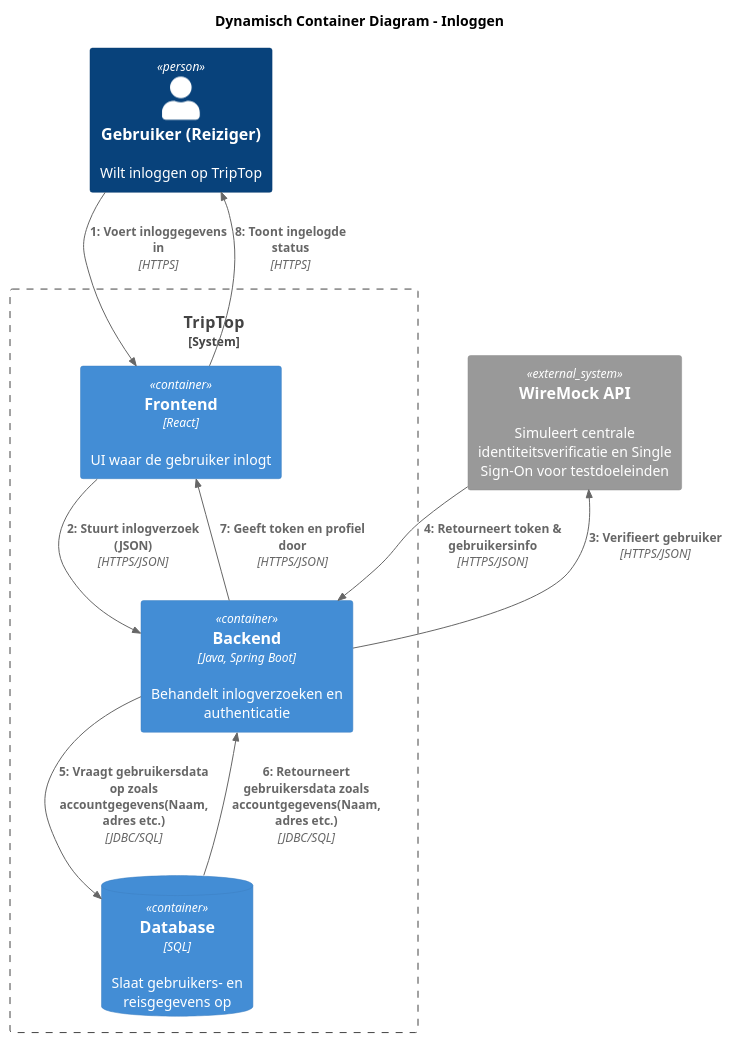
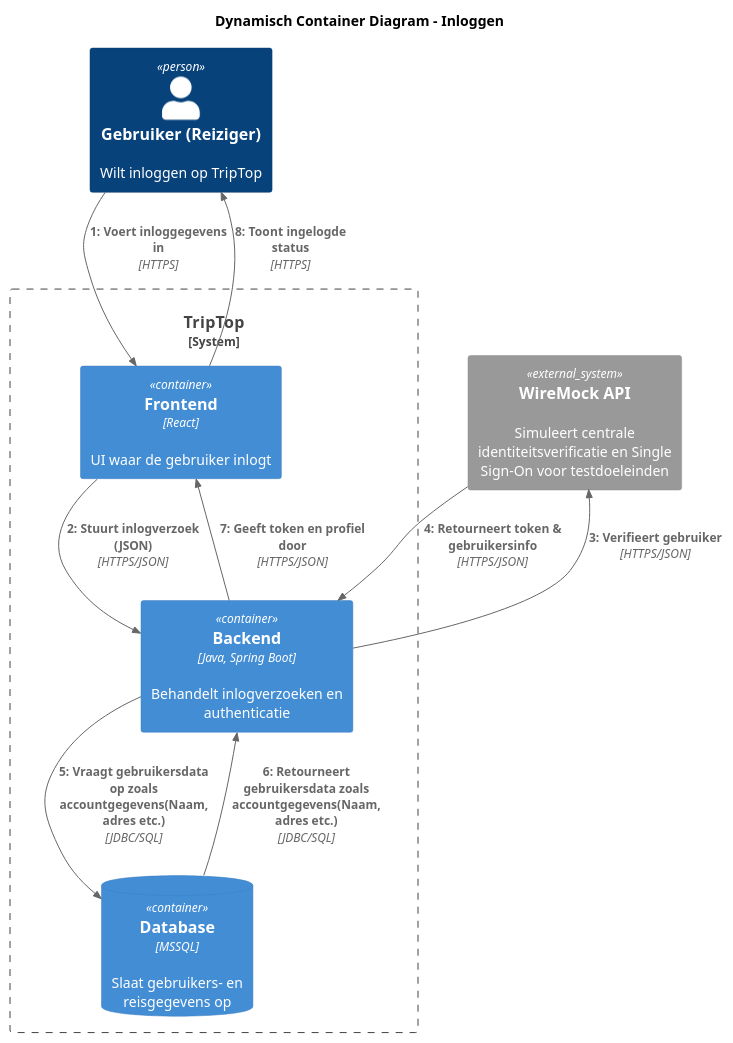
Before and after one commit to AIM-ENE-feb25/triptop-asas: the diagram in software-guidebook/dynamisch-container-diagrammen/inlog-container-diagram.puml, drawn with PlantUML. The commit also changed 3 other files, not shown here.

```diff
--- a/software-guidebook/dynamisch-container-diagrammen/inlog-container-diagram.puml
+++ b/software-guidebook/dynamisch-container-diagrammen/inlog-container-diagram.puml
@@ -1,23 +1,23 @@
 @startuml Inloggen
 !include https://raw.githubusercontent.com/plantuml-stdlib/C4-PlantUML/master/C4_Dynamic.puml
 title Dynamisch Container Diagram – Inloggen
 
 Person(user, "Gebruiker (Reiziger)", "Wilt inloggen op TripTop")
 
 System_Boundary(triptop, "TripTop") {
 Container(frontend, "Frontend", "React", "UI waar de gebruiker inlogt")
 Container(backend, "Backend", "Java, Spring Boot", "Behandelt inlogverzoeken en authenticatie")
-ContainerDb(db, "Database", "SQL", "Slaat gebruikers- en reisgegevens op")
+ContainerDb(db, "Database", "MSSQL", "Slaat gebruikers- en reisgegevens op")
 }
 System_Ext(identity, "WireMock API", "Simuleert centrale identiteitsverificatie en Single Sign-On voor testdoeleinden")
 
 Rel(user, frontend, "Voert inloggegevens in", "HTTPS")
 Rel(frontend, backend, "Stuurt inlogverzoek (JSON)", "HTTPS/JSON")
 Rel(backend, identity, "Verifieert gebruiker", "HTTPS/JSON")
 Rel(identity, backend, "Retourneert token & gebruikersinfo", "HTTPS/JSON")
 Rel(backend, db, "Vraagt gebruikersdata op zoals accountgegevens(Naam, adres etc.)", "JDBC/SQL")
 Rel(db, backend, "Retourneert gebruikersdata zoals accountgegevens(Naam, adres etc.)", "JDBC/SQL")
 Rel(backend, frontend, "Geeft token en profiel door", "HTTPS/JSON")
 Rel(frontend, user, "Toont ingelogde status", "HTTPS")
 
 @enduml
```
